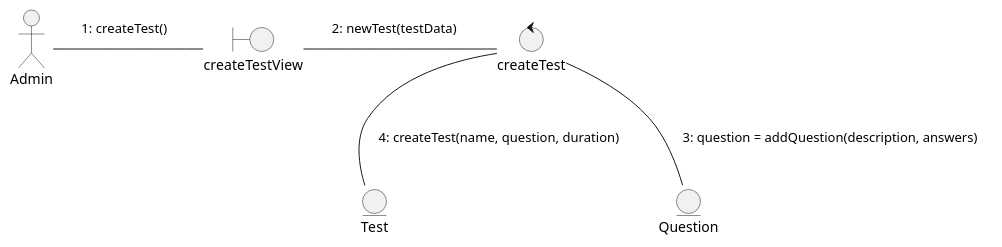
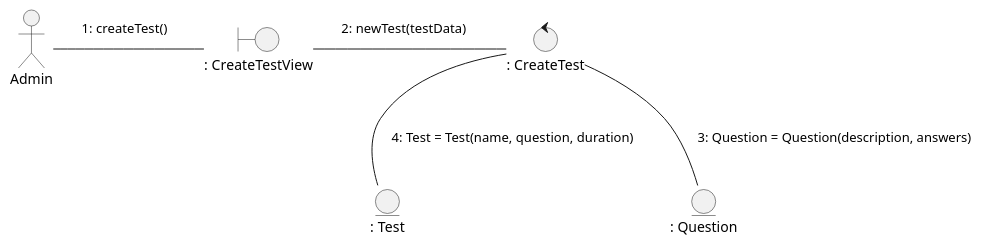
The diagram in docs/logicalView/analisysView/classAnalisys/diagrama_colaboracion_CU1.plantuml (MiguelCiav/Uhuru), drawn with PlantUML before and after one commit. The commit also changed 3 other files, not shown here.

Commit message:
Diagrama de clases de análisis terminado

```diff
--- a/docs/logicalView/analisysView/classAnalisys/diagrama_colaboracion_CU1.plantuml
+++ b/docs/logicalView/analisysView/classAnalisys/diagrama_colaboracion_CU1.plantuml
@@ -1,28 +1,28 @@
 @startuml clase_analisis 
 skinparam NoteBackgroundColor transparent
 skinparam NoteBorderColor transparent
 
 actor Admin as Administrador
-boundary "createTestView" as crear_examen
-control "createTest" as controlador
-entity Test as publicar_examen
-entity Question as añadir_pregunta
+boundary ": CreateTestView" as crear_examen
+control ": CreateTest" as controlador
+entity ": Test" as publicar_examen
+entity ": Question" as añadir_pregunta
 
 Administrador -r--  crear_examen
 note on link
 1: createTest()
 end note
 crear_examen -r-- controlador 
 note on link
 2: newTest(testData) 
 end note
 controlador -- añadir_pregunta
 note on link
-3: question = addQuestion(description, answers)
+3: Question = Question(description, answers)
 end note
 controlador -- publicar_examen
 note on link
-4: createTest(name, question, duration) 
+4: Test = Test(name, question, duration) 
 end note
 
 @enduml
```
